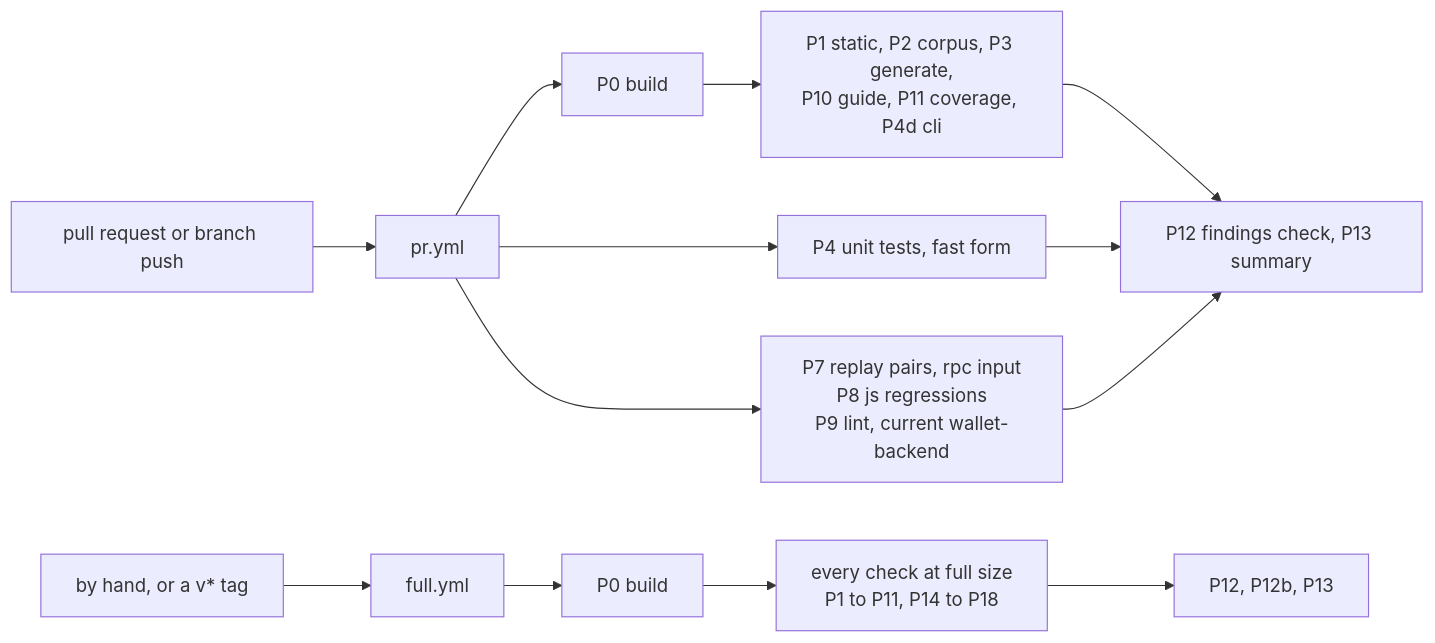
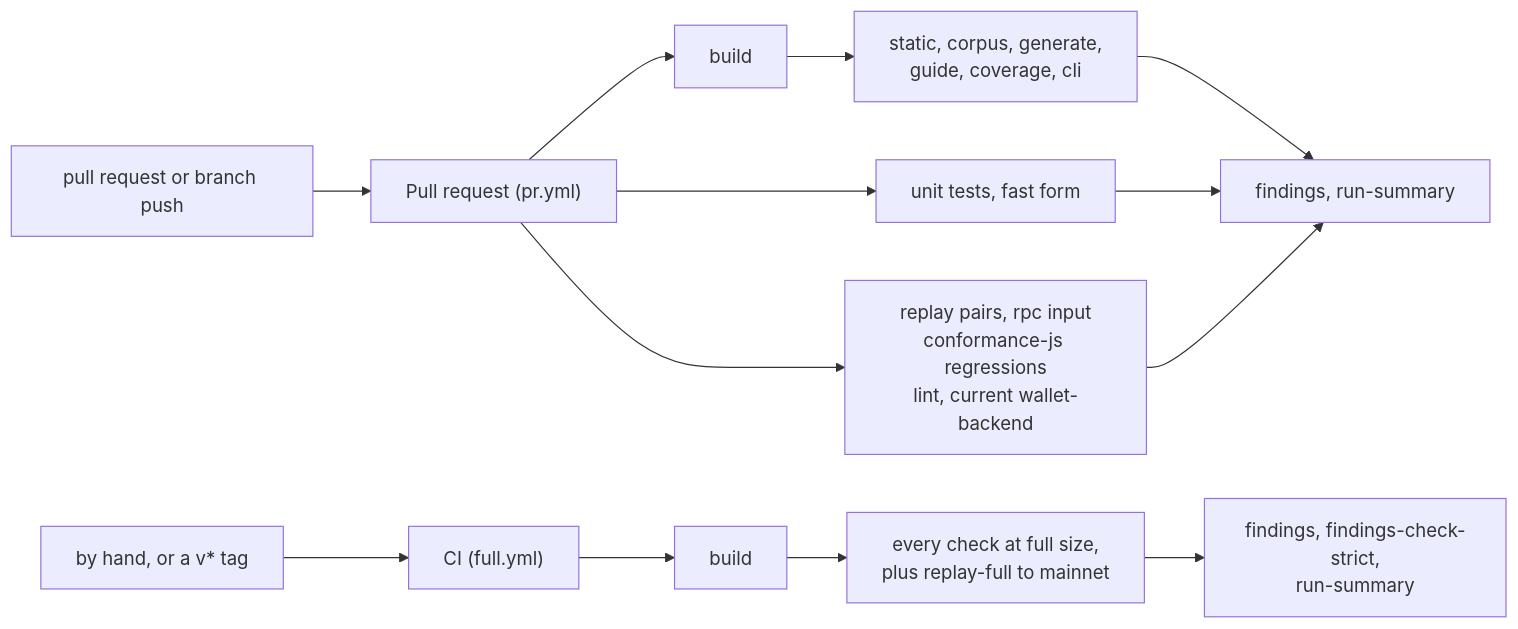
One commit to tolgayayci/xdrcheck changed the diagram in apps/docs/architecture/ci.mdx. Above: the diagram before and after it, drawn with Mermaid. The commit also changed other lines of this file, not shown here.

Commit message:
docs: use renamed CI workflow and job names on the CI architecture page

````diff
--- a/apps/docs/architecture/ci.mdx
+++ b/apps/docs/architecture/ci.mdx
@@ -45,11 +45,11 @@
 ```mermaid
 flowchart LR
-  PR["pull request or branch push"] --> T1["pr.yml"]
-  T1 --> B1["P0 build"] --> J1["P1 static, P2 corpus, P3 generate,<br/>P10 guide, P11 coverage, P4d cli"]
-  T1 --> U1["P4 unit tests, fast form"]
-  T1 --> R1["P7 replay pairs, rpc input<br/>P8 js regressions<br/>P9 lint, current wallet-backend"]
-  J1 & U1 & R1 --> S1["P12 findings check, P13 summary"]
-  M["by hand, or a v* tag"] --> T2["full.yml"]
-  T2 --> B2["P0 build"] --> J2["every check at full size<br/>P1 to P11, P14 to P18"]
-  J2 --> S2["P12, P12b, P13"]
+  PR["pull request or branch push"] --> T1["Pull request (pr.yml)"]
+  T1 --> B1["build"] --> J1["static, corpus, generate,<br/>guide, coverage, cli"]
+  T1 --> U1["unit tests, fast form"]
+  T1 --> R1["replay pairs, rpc input<br/>conformance-js regressions<br/>lint, current wallet-backend"]
+  J1 & U1 & R1 --> S1["findings, run-summary"]
+  M["by hand, or a v* tag"] --> T2["CI (full.yml)"]
+  T2 --> B2["build"] --> J2["every check at full size,<br/>plus replay-full to mainnet"]
+  J2 --> S2["findings, findings-check-strict,<br/>run-summary"]
 ```
````
